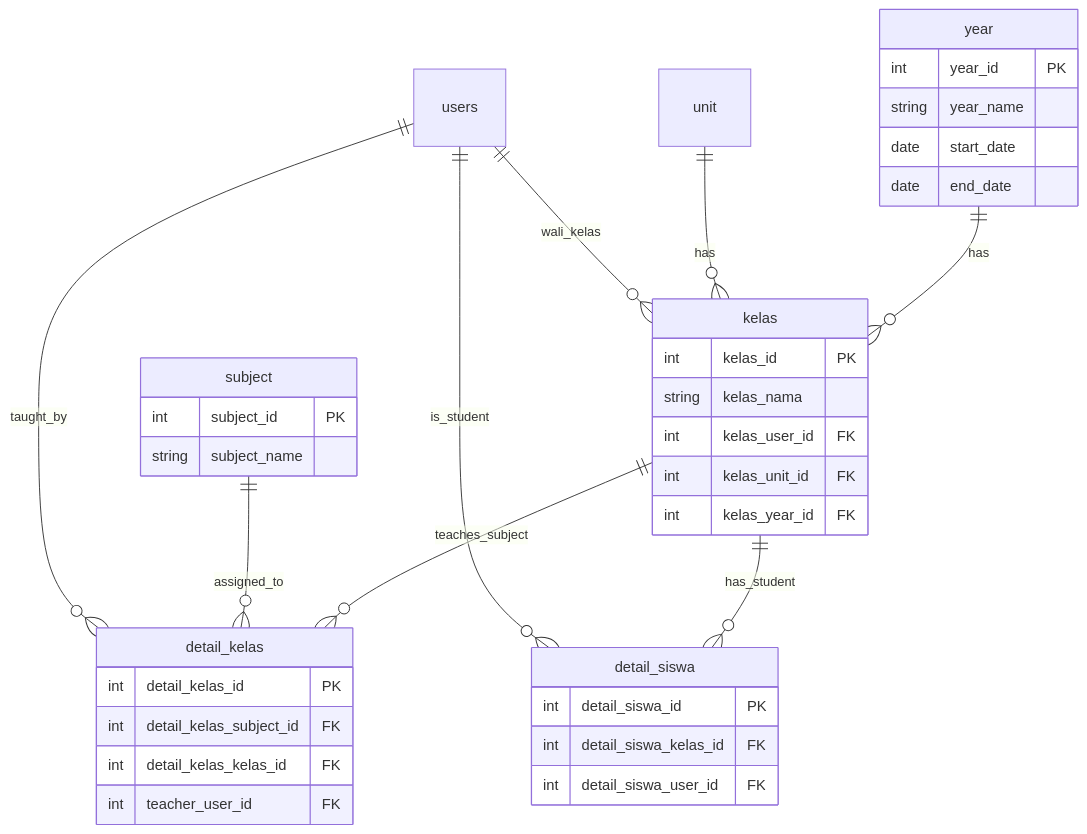
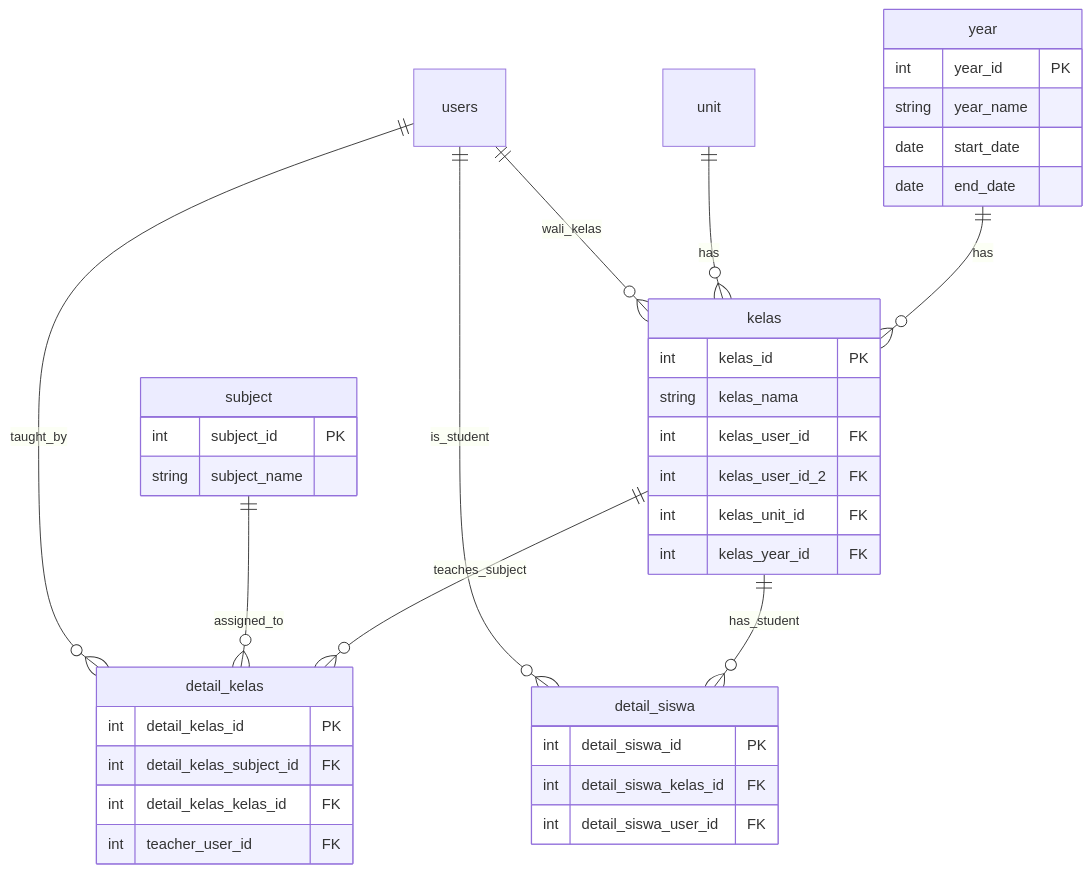
The second of 12 diagrams in DATABASE_SCHEMA.md (hanskristianw/school-admin), drawn with Mermaid before and after one commit. The commit also changed other lines of this file and 22 other files, not shown here.

````diff
--- a/DATABASE_SCHEMA.md
+++ b/DATABASE_SCHEMA.md
@@ -323,46 +324,47 @@
 ```mermaid
 erDiagram
     year ||--o{ kelas : "has"
     unit ||--o{ kelas : "has"
     users ||--o{ kelas : "wali_kelas"
     
     kelas ||--o{ detail_kelas : "teaches_subject"
     subject ||--o{ detail_kelas : "assigned_to"
     users ||--o{ detail_kelas : "taught_by"
     
     kelas ||--o{ detail_siswa : "has_student"
     users ||--o{ detail_siswa : "is_student"
     
     year {
         int year_id PK
         string year_name
         date start_date
         date end_date
     }
     
     kelas {
         int kelas_id PK
         string kelas_nama
         int kelas_user_id FK
+        int kelas_user_id_2 FK
         int kelas_unit_id FK
         int kelas_year_id FK
     }
     
     detail_kelas {
         int detail_kelas_id PK
         int detail_kelas_subject_id FK
         int detail_kelas_kelas_id FK
         int teacher_user_id FK
     }
     
     detail_siswa {
         int detail_siswa_id PK
         int detail_siswa_kelas_id FK
         int detail_siswa_user_id FK
     }
     
     subject {
         int subject_id PK
         string subject_name
     }
 ```
````
